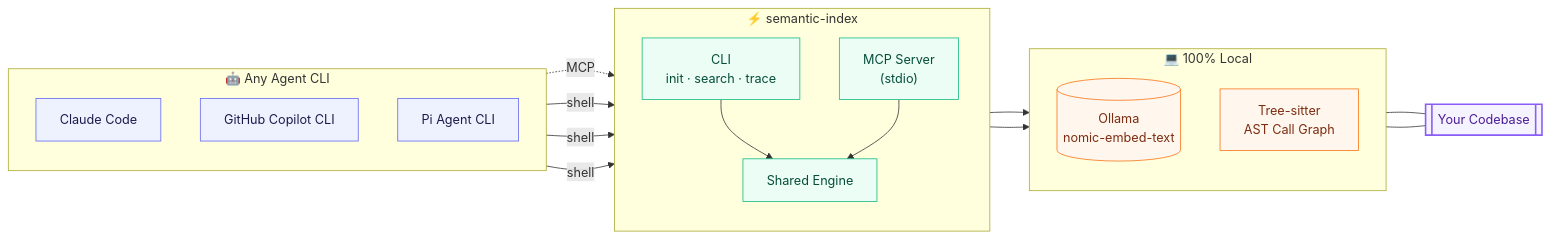
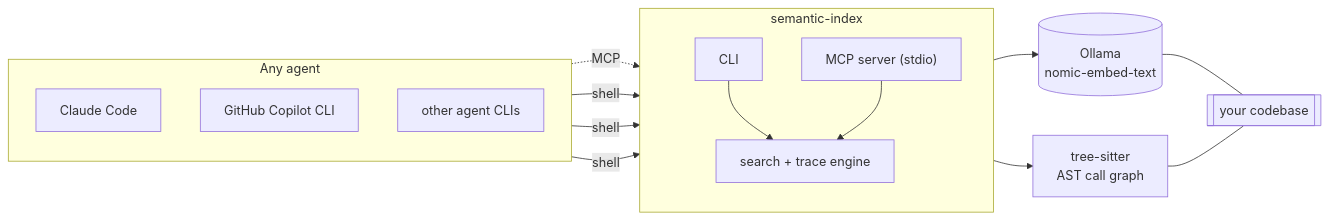
The diagram in README.md (arifbazli/Semantic-review-cli-local-mcp), drawn with Mermaid before and after one commit. The commit also changed other lines of this file, not shown here.

Commit message:
Rewrite README from audited facts: exact test breakdown, sibling-repo test dependency, plain technical tone

````diff
--- a/README.md
+++ b/README.md
@@ -7,46 +10,32 @@
 ```mermaid
 flowchart LR
-    subgraph Agents["🤖 Any Agent CLI"]
+    subgraph Agents["Any agent"]
         direction TB
         A1["Claude Code"]
         A2["GitHub Copilot CLI"]
-        A3["Pi Agent CLI"]
+        A3["other agent CLIs"]
     end
 
-    subgraph Tool["⚡ semantic-index"]
+    subgraph Tool["semantic-index"]
         direction TB
-        CLI["CLI\ninit · search · trace"]
-        MCP["MCP Server\n(stdio)"]
-        ENGINE["Shared Engine"]
+        CLI["CLI"]
+        MCP["MCP server (stdio)"]
+        ENGINE["search + trace engine"]
         CLI --> ENGINE
         MCP --> ENGINE
     end
 
-    subgraph Local["💻 100% Local"]
-        direction TB
-        OLLAMA[("Ollama\nnomic-embed-text")]
-        AST["Tree-sitter\nAST Call Graph"]
-    end
-
-    CODE[["Your Codebase"]]
+    OLLAMA[("Ollama\nnomic-embed-text")]
+    AST["tree-sitter\nAST call graph"]
+    CODE[["your codebase"]]
 
     A1 -. MCP .-> MCP
     A1 -- shell --> CLI
     A2 -- shell --> CLI
     A3 -- shell --> CLI
 
     ENGINE --> OLLAMA
     ENGINE --> AST
     OLLAMA --- CODE
     AST --- CODE
-
-    classDef agent fill:#eef2ff,stroke:#6366f1,color:#1e1b4b
-    classDef tool fill:#ecfdf5,stroke:#10b981,color:#064e3b
-    classDef local fill:#fff7ed,stroke:#f97316,color:#7c2d12
-    classDef code fill:#f5f3ff,stroke:#8b5cf6,color:#4c1d95,stroke-width:2px
-
-    class A1,A2,A3 agent
-    class CLI,MCP,ENGINE tool
-    class OLLAMA,AST local
-    class CODE code
 ```
````
